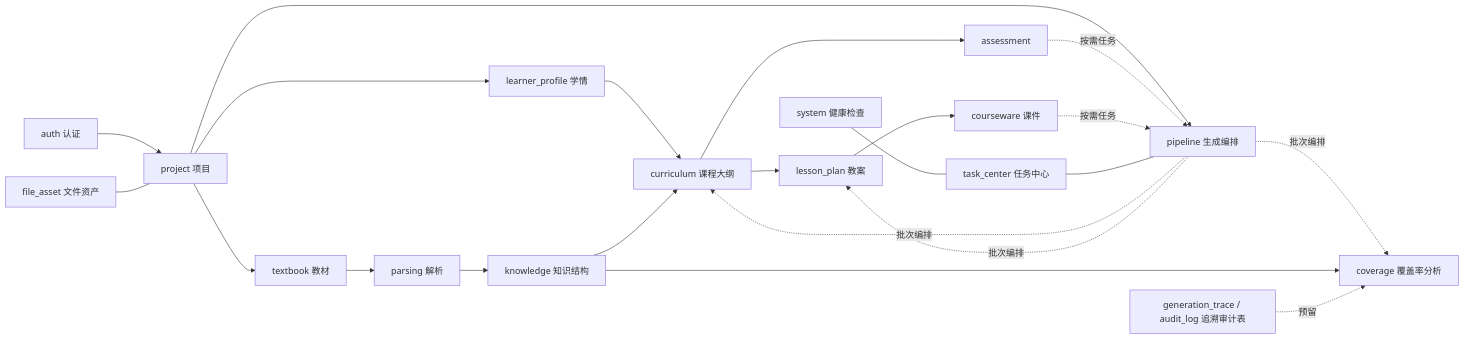
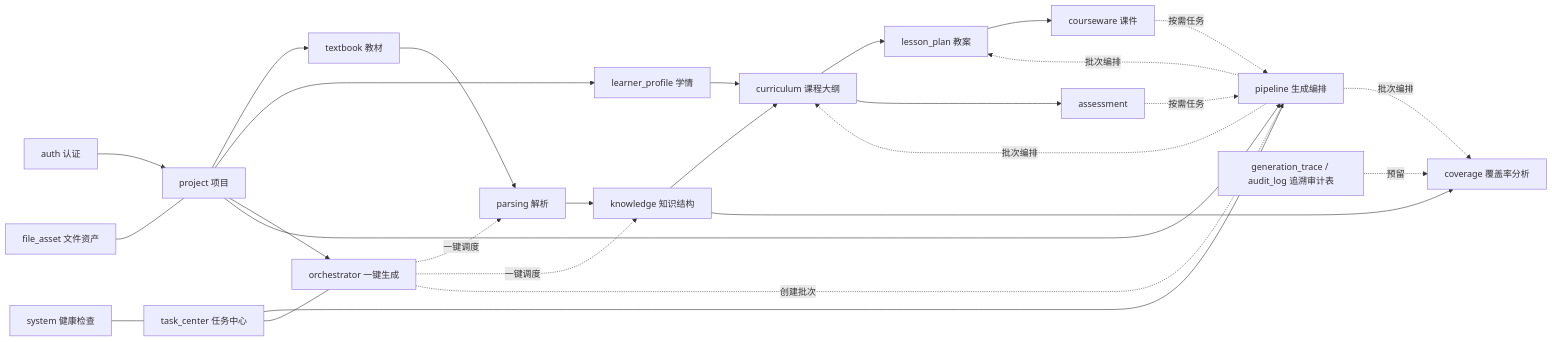
One commit to rgzn7/EduWeave changed the diagram in docs/后端模块详细设计说明书.md. Above: the diagram before and after it, drawn with Mermaid. The commit also changed other lines of this file and 33 other files, not shown here.

````diff
--- a/docs/后端模块详细设计说明书.md
+++ b/docs/后端模块详细设计说明书.md
@@ -54,24 +55,29 @@
 ```mermaid
 flowchart LR
     auth["auth 认证"] --> project["project 项目"]
     project["project 项目"] --> textbook["textbook 教材"]
     project --> learner["learner_profile 学情"]
+    project --> orchestrator["orchestrator 一键生成"]
     project --> pipeline["pipeline 生成编排"]
     textbook --> parsing["parsing 解析"]
     parsing --> knowledge["knowledge 知识结构"]
     learner --> curriculum["curriculum 课程大纲"]
     knowledge --> curriculum
     curriculum --> lesson["lesson_plan 教案"]
     curriculum --> assessment
+    orchestrator -.一键调度.-> parsing
+    orchestrator -.一键调度.-> knowledge
+    orchestrator -.创建批次.-> pipeline
     lesson --> courseware["courseware 课件"]
     pipeline -.批次编排.-> curriculum
     pipeline -.批次编排.-> lesson
     pipeline -.批次编排.-> coverage["coverage 覆盖率分析"]
     assessment -.按需任务.-> pipeline
     courseware -.按需任务.-> pipeline
     knowledge --> coverage
     task["task_center 任务中心"] --- pipeline
+    task --- orchestrator
     file_asset["file_asset 文件资产"] --- project
     system["system 健康检查"] --- task
     trace["generation_trace / audit_log 追溯审计表"] -.预留.-> coverage
 ```
````
